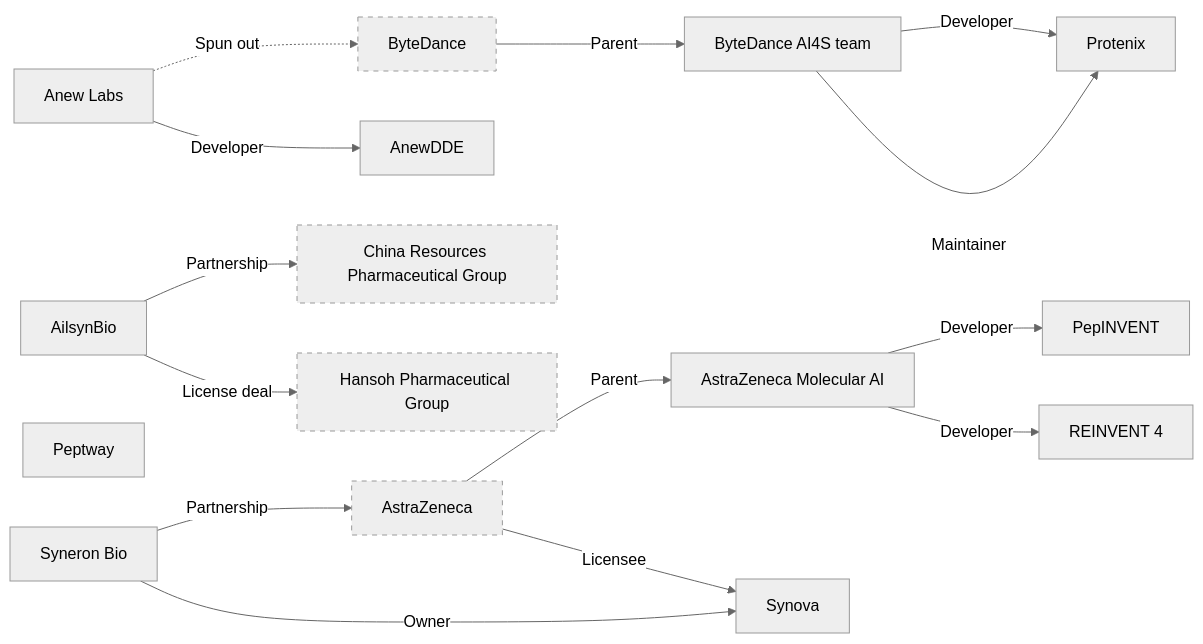
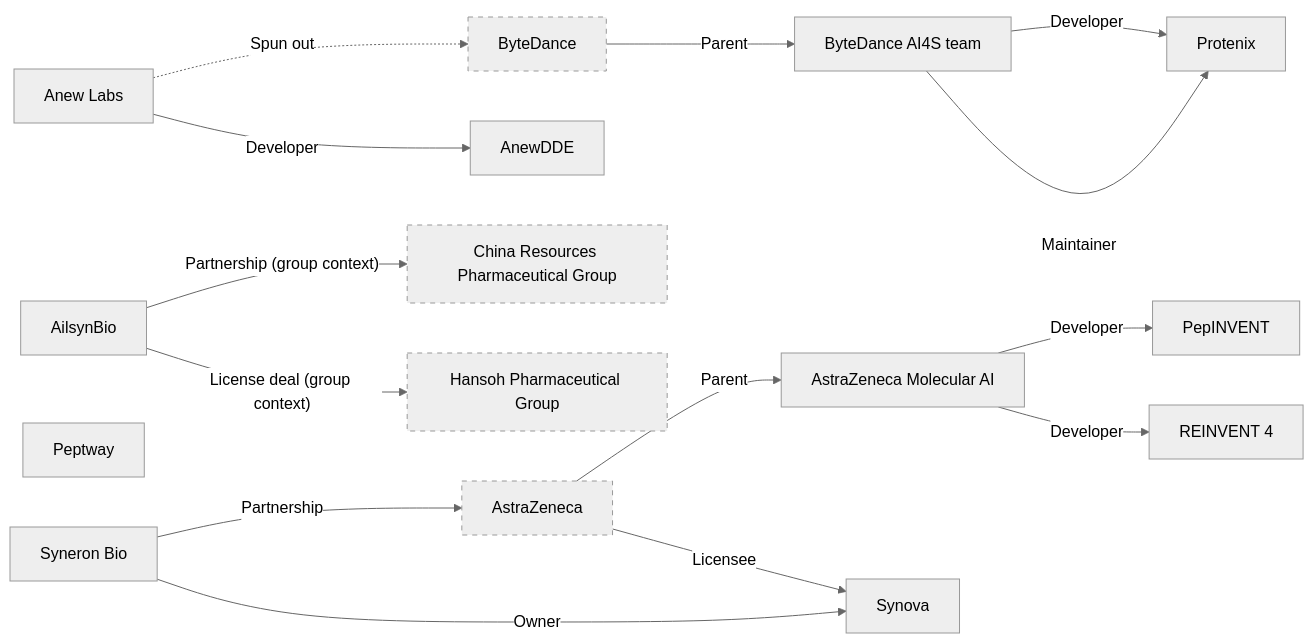
The diagram in index/lineage.md (zhaisilong/awesome-peptide-company), drawn with Mermaid (neutral theme) before and after one commit. The commit also changed other lines of this file and 55 other files, not shown here.

````diff
--- a/index/lineage.md
+++ b/index/lineage.md
@@ -5,33 +7,33 @@
 ```mermaid
 flowchart LR
     e0["AilsynBio"]
     e1["Anew Labs"]
     e2["AstraZeneca"]:::stub
     e3["AstraZeneca Molecular AI"]
     e4["ByteDance"]:::stub
     e5["ByteDance AI4S team"]
     e6["China Resources Pharmaceutical Group"]:::stub
     e7["Hansoh Pharmaceutical Group"]:::stub
     e8["Peptway"]
     e9["Syneron Bio"]
     a0["AnewDDE"]:::asset
     a1["PepINVENT"]:::asset
     a2["Protenix"]:::asset
     a3["REINVENT 4"]:::asset
     a4["Synova"]:::asset
-    e0 -->|"Partnership"| e6
-    e0 -->|"License deal"| e7
+    e0 -->|"Partnership (group context)"| e6
+    e0 -->|"License deal (group context)"| e7
     e1 -.->|"Spun out"| e4
     e2 -->|"Parent"| e3
     e4 -->|"Parent"| e5
     e9 -->|"Partnership"| e2
     e1 -->|"Developer"| a0
     e2 -->|"Licensee"| a4
     e3 -->|"Developer"| a1
     e3 -->|"Developer"| a3
     e5 -->|"Developer"| a2
     e5 -->|"Maintainer"| a2
     e9 -->|"Owner"| a4
     classDef stub stroke-dasharray: 5 5
     classDef asset fill:#eeeeee
 ```
````
